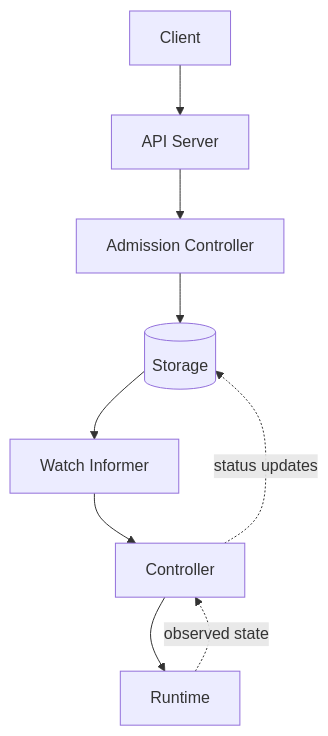
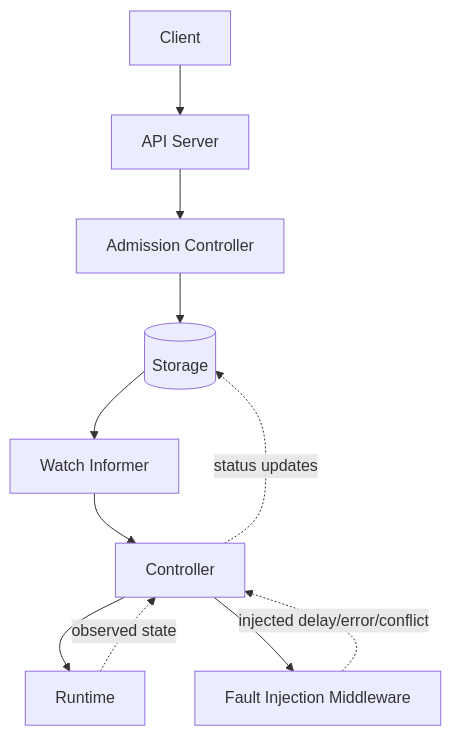
Before and after one commit to Phoenix1504e/mini-control-plane: the diagram in README.md, drawn with Mermaid. The commit also changed other lines of this file and 15 other files, not shown here.

````diff
--- a/README.md
+++ b/README.md
@@ -53,13 +26,15 @@
 ```mermaid
 flowchart TD
     Client --> APIServer[API Server]
     APIServer --> Admission[Admission Controller]
     Admission --> Storage[(Storage)]
-    
+
     Storage --> Watch[Watch Informer]
     Watch --> Controller[Controller]
     Controller --> Runtime[Runtime]
-    
+    Controller --> Fault[Fault Injection Middleware]
+
     Runtime -. observed state .-> Controller
+    Fault -. injected delay/error/conflict .-> Controller
     Controller -. status updates .-> Storage
 ```
````
